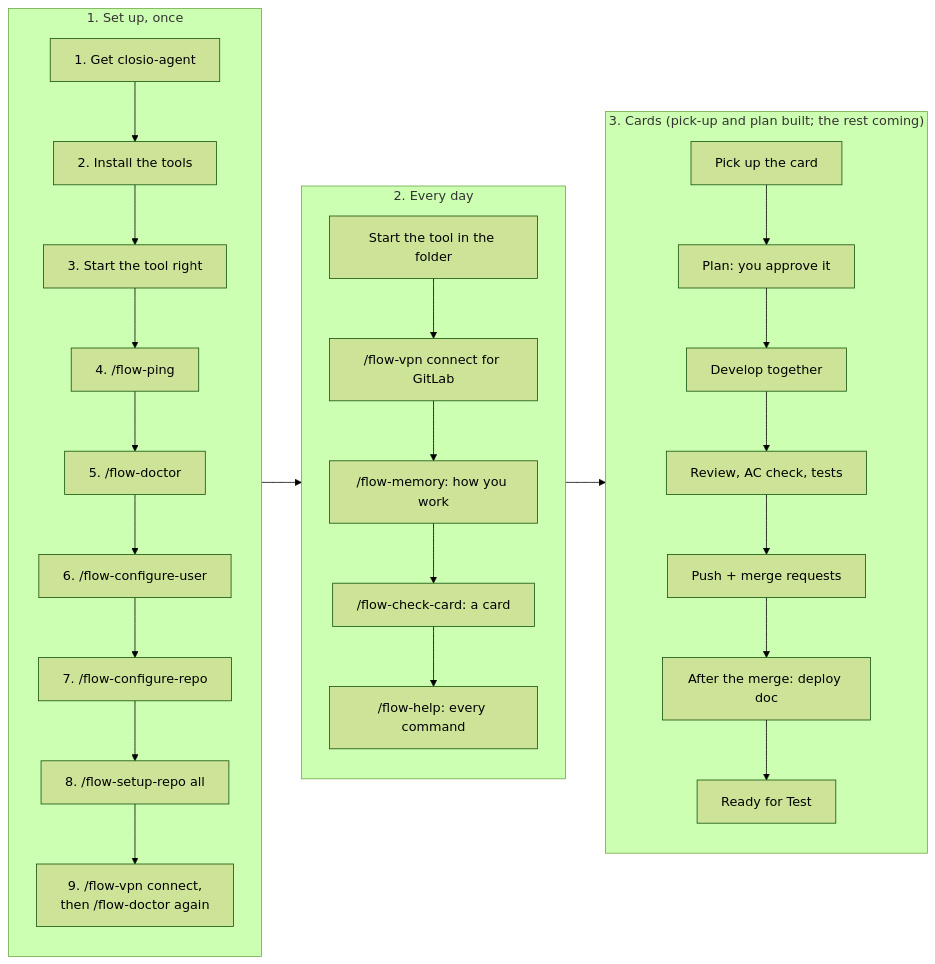
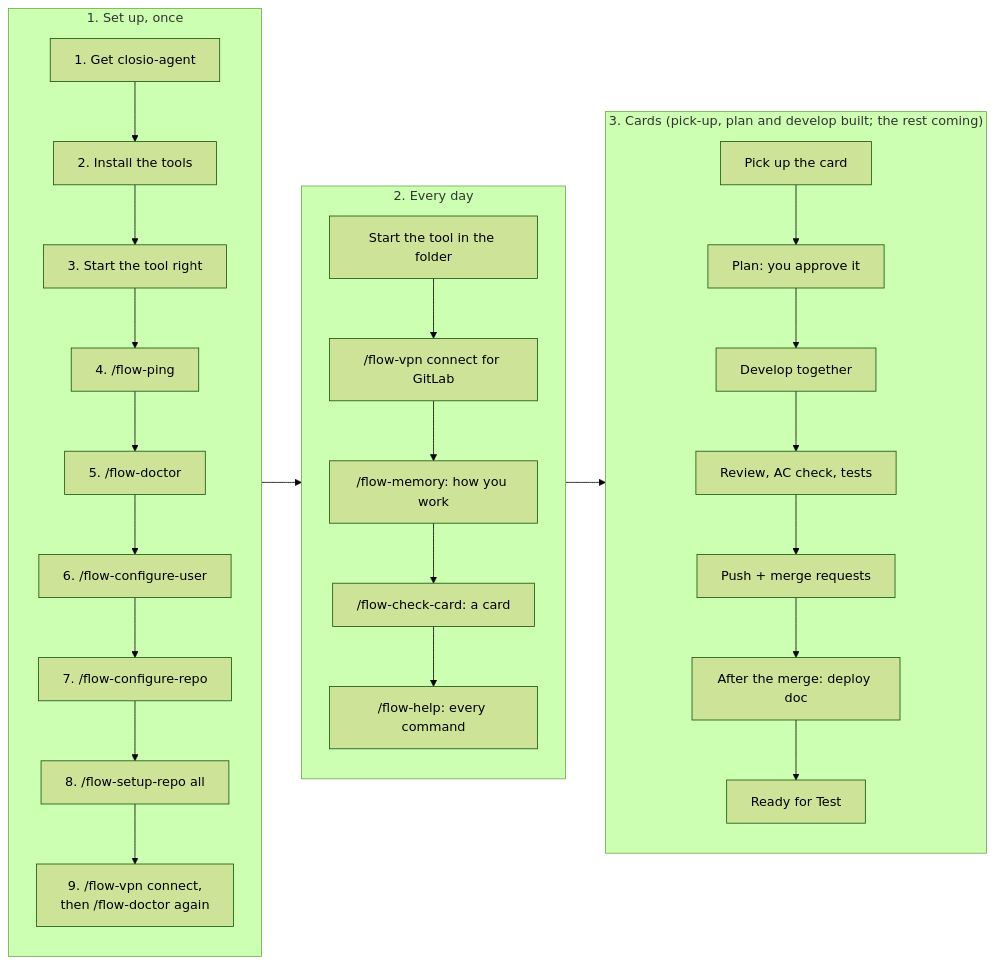
Before and after one commit to manas-shurutech-04/closio_agent: the second of 5 diagrams in docs/user-guide.md, drawn with Mermaid (forest theme). The commit also changed other lines of this file and 9 other files, not shown here.

Commit message:
Docs: flow-develop, run folders without switching, lint warnings, rules A20 to A23 (D61, D65, D66)

````diff
--- a/docs/user-guide.md
+++ b/docs/user-guide.md
@@ -49,16 +49,16 @@
 ```mermaid
 flowchart LR
     subgraph S["1. Set up, once"]
         direction TB
         s1["1. Get closio-agent"] --> s2["2. Install the tools"] --> s3["3. Start the tool right"] --> s4["4. /flow-ping"] --> s5["5. /flow-doctor"] --> s6["6. /flow-configure-user"] --> s7["7. /flow-configure-repo"] --> s8["8. /flow-setup-repo all"] --> s9["9. /flow-vpn connect,<br/>then /flow-doctor again"]
     end
     subgraph D["2. Every day"]
         direction TB
         d1["Start the tool in the folder"] --> d2["/flow-vpn connect for GitLab"] --> d3["/flow-memory: how you work"] --> d4["/flow-check-card: a card"] --> d5["/flow-help: every command"]
     end
-    subgraph K["3. Cards (pick-up and plan built; the rest coming)"]
+    subgraph K["3. Cards (pick-up, plan and develop built; the rest coming)"]
         direction TB
         k1["Pick up the card"] --> k2["Plan: you approve it"] --> k3["Develop together"] --> k4["Review, AC check, tests"] --> k5["Push + merge requests"] --> k6["After the merge: deploy doc"] --> k7["Ready for Test"]
     end
     S --> D --> K
 ```
````
